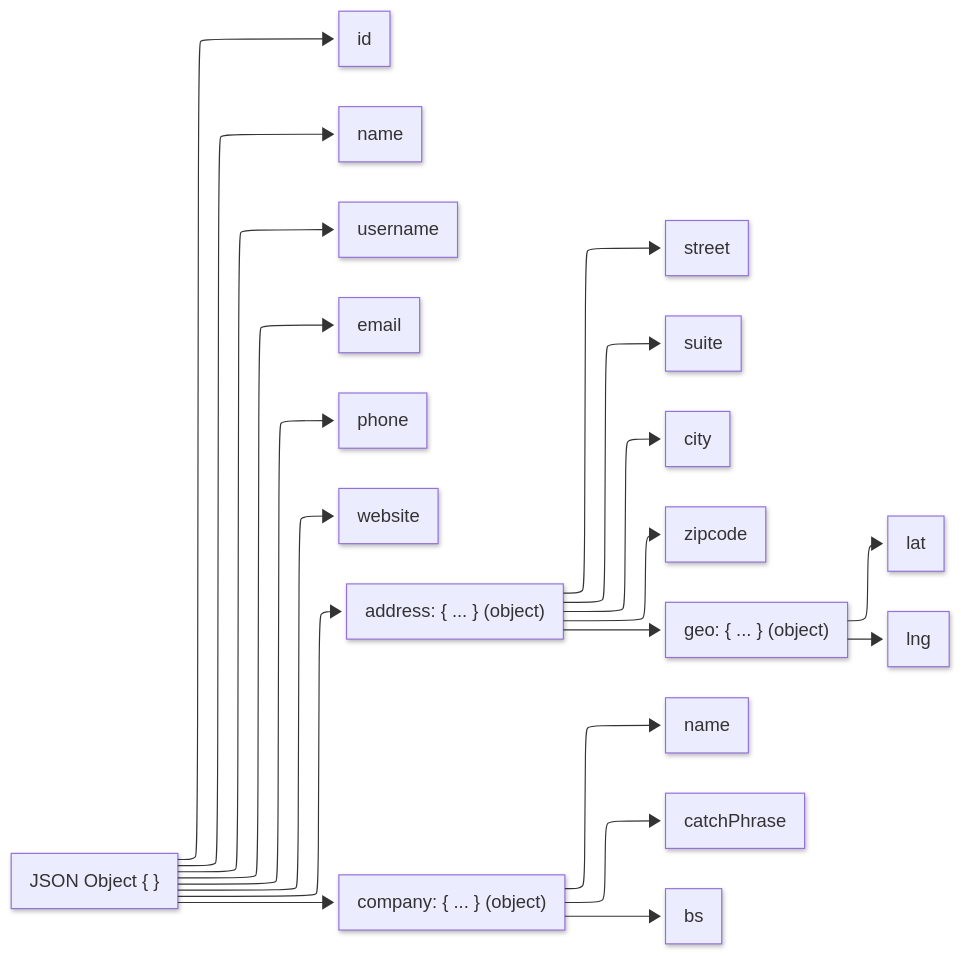
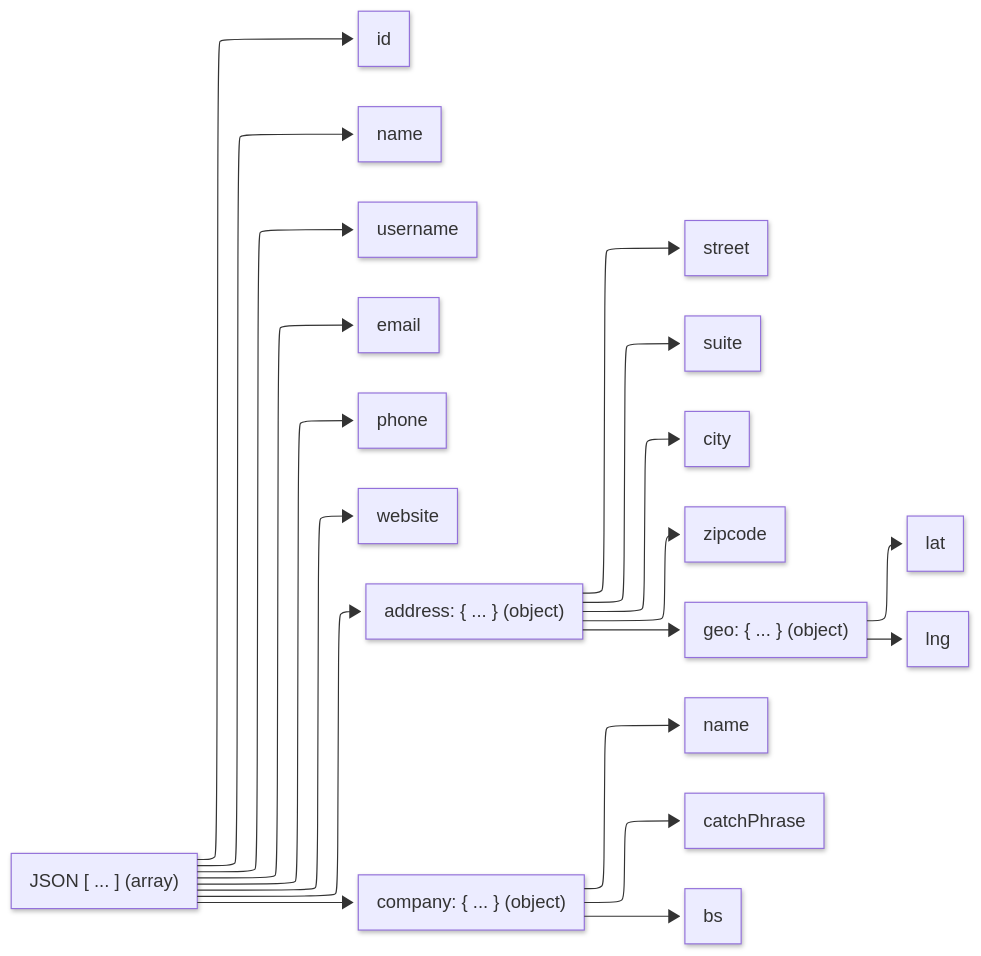
The second of 2 diagrams in tasks/task1-jsonfix/README.md (gcastill0/go-integration-playground), drawn with Mermaid before and after one commit.

Commit message:
Fixing error in label

````diff
--- a/tasks/task1-jsonfix/README.md
+++ b/tasks/task1-jsonfix/README.md
@@ -203,13 +203,13 @@
 ```mermaid
 ---
 config:
   look: neo
   layout: elk
   theme: mc
 ---
 flowchart LR
-    U["JSON Object { }"] --> id["id"] & name["name"] & username["username"] & email["email"] & phone["phone"] & website["website"] & address["address: { ... }  (object)"] & company["company: { ... }  (object)"]
+    U["JSON [ ... ] (array)"] --> id["id"] & name["name"] & username["username"] & email["email"] & phone["phone"] & website["website"] & address["address: { ... }  (object)"] & company["company: { ... }  (object)"]
     address --> street["street"] & suite["suite"] & city["city"] & zipcode["zipcode"] & geo["geo: { ... }  (object)"]
     geo --> lat["lat"] & lng["lng"]
     company --> cname["name"] & catch["catchPhrase"] & bs["bs"]
 ```
````
